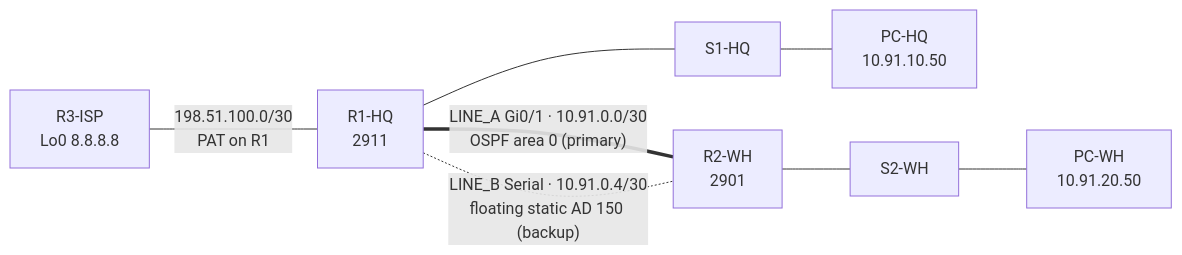
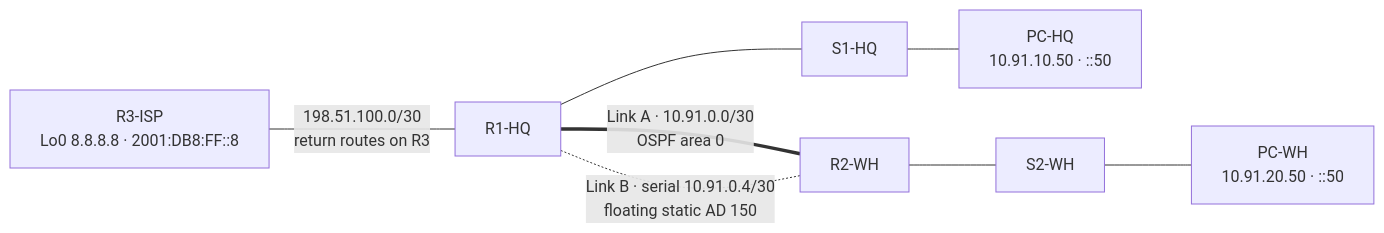
Before and after one commit to mwozniak-net/cisco-network-labs: the diagram in 02-agrotrans-wan-failover/README.md, drawn with Mermaid. The commit also changed other lines of this file and 29 other files, not shown here.

````diff
--- a/02-agrotrans-wan-failover/README.md
+++ b/02-agrotrans-wan-failover/README.md
@@ -11,13 +13,13 @@
 ```mermaid
 flowchart LR
-  ISP["R3-ISP<br/>Lo0 8.8.8.8"]
-  R1["R1-HQ<br/>2911"]
-  R2["R2-WH<br/>2901"]
-  S1["S1-HQ"] --- PCHQ["PC-HQ<br/>10.91.10.50"]
-  S2["S2-WH"] --- PCWH["PC-WH<br/>10.91.20.50"]
-  ISP ---|"198.51.100.0/30<br/>PAT on R1"| R1
-  R1 ===|"LINE_A Gi0/1 · 10.91.0.0/30<br/>OSPF area 0 (primary)"| R2
-  R1 -.-|"LINE_B Serial · 10.91.0.4/30<br/>floating static AD 150 (backup)"| R2
+  ISP["R3-ISP<br/>Lo0 8.8.8.8 · 2001:DB8:FF::8"]
+  R1["R1-HQ"]
+  R2["R2-WH"]
+  S1["S1-HQ"] --- PCHQ["PC-HQ<br/>10.91.10.50 · ::50"]
+  S2["S2-WH"] --- PCWH["PC-WH<br/>10.91.20.50 · ::50"]
+  ISP ---|"198.51.100.0/30<br/>return routes on R3"| R1
+  R1 ===|"Link A · 10.91.0.0/30<br/>OSPF area 0"| R2
+  R1 -.-|"Link B · serial 10.91.0.4/30<br/>floating static AD 150"| R2
   R1 --- S1
   R2 --- S2
 ```
````
